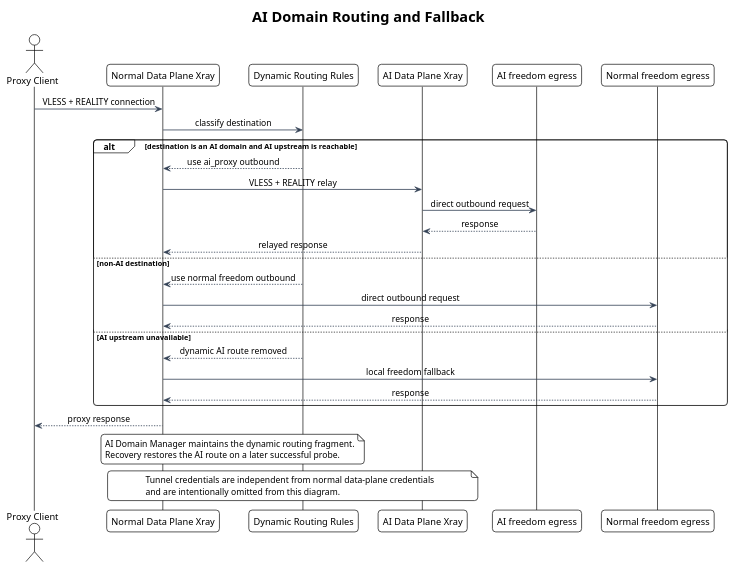
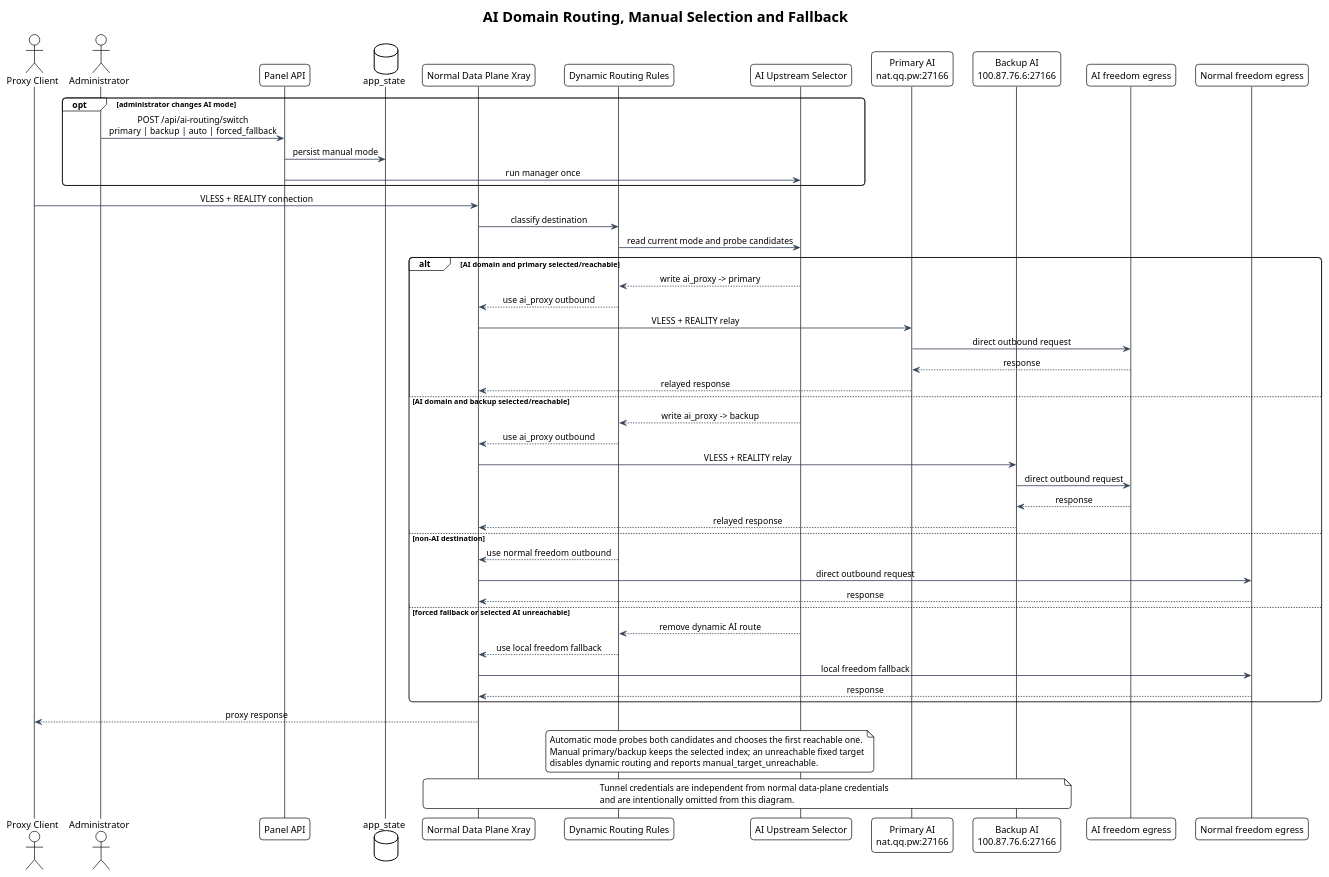
Before and after one commit to i-zrhe2016/ai-routing-panel: the diagram in docs/diagrams/ai-routing-flow.puml, drawn with PlantUML. The commit also changed 28 other files, not shown here.

```diff
--- a/docs/diagrams/ai-routing-flow.puml
+++ b/docs/diagrams/ai-routing-flow.puml
@@ -1,52 +1,74 @@
 @startuml
 !theme plain
 skinparam backgroundColor #FFFFFF
 skinparam shadowing false
 skinparam roundcorner 10
 skinparam ArrowColor #334155
 skinparam ArrowThickness 1.2
 skinparam defaultFontName Arial
 skinparam sequenceMessageAlign center
 skinparam responseMessageBelowArrow true
 
-title AI Domain Routing and Fallback
+title AI Domain Routing, Manual Selection and Fallback
 
 actor "Proxy Client" as client
+actor "Administrator" as admin
+participant "Panel API" as panel
+database "app_state" as state
 participant "Normal Data Plane Xray" as normal
 participant "Dynamic Routing Rules" as rules
-participant "AI Data Plane Xray" as ai
+participant "AI Upstream Selector" as selector
+participant "Primary AI\nnat.qq.pw:27166" as primary
+participant "Backup AI\n100.87.76.6:27166" as backup
 participant "AI freedom egress" as egress
 participant "Normal freedom egress" as fallback
 
+opt administrator changes AI mode
+  admin -> panel : POST /api/ai-routing/switch\nprimary | backup | auto | forced_fallback
+  panel -> state : persist manual mode
+  panel -> selector : run manager once
+end
+
 client -> normal : VLESS + REALITY connection
 normal -> rules : classify destination
+rules -> selector : read current mode and probe candidates
 
-alt destination is an AI domain and AI upstream is reachable
+alt AI domain and primary selected/reachable
+  selector --> rules : write ai_proxy -> primary
   rules --> normal : use ai_proxy outbound
-  normal -> ai : VLESS + REALITY relay
-  ai -> egress : direct outbound request
-  egress --> ai : response
-  ai --> normal : relayed response
+  normal -> primary : VLESS + REALITY relay
+  primary -> egress : direct outbound request
+  egress --> primary : response
+  primary --> normal : relayed response
+else AI domain and backup selected/reachable
+  selector --> rules : write ai_proxy -> backup
+  rules --> normal : use ai_proxy outbound
+  normal -> backup : VLESS + REALITY relay
+  backup -> egress : direct outbound request
+  egress --> backup : response
+  backup --> normal : relayed response
 else non-AI destination
   rules --> normal : use normal freedom outbound
   normal -> fallback : direct outbound request
   fallback --> normal : response
-else AI upstream unavailable
-  rules --> normal : dynamic AI route removed
+else forced fallback or selected AI unreachable
+  selector --> rules : remove dynamic AI route
+  rules --> normal : use local freedom fallback
   normal -> fallback : local freedom fallback
   fallback --> normal : response
 end
 
 normal --> client : proxy response
 
-note over normal,rules
-  AI Domain Manager maintains the dynamic routing fragment.
-  Recovery restores the AI route on a later successful probe.
+note over selector,rules
+  Automatic mode probes both candidates and chooses the first reachable one.
+  Manual primary/backup keeps the selected index; an unreachable fixed target
+  disables dynamic routing and reports manual_target_unreachable.
 end note
 
-note over normal,ai
+note over normal,backup
   Tunnel credentials are independent from normal data-plane credentials
   and are intentionally omitted from this diagram.
 end note
 
 @enduml
```
